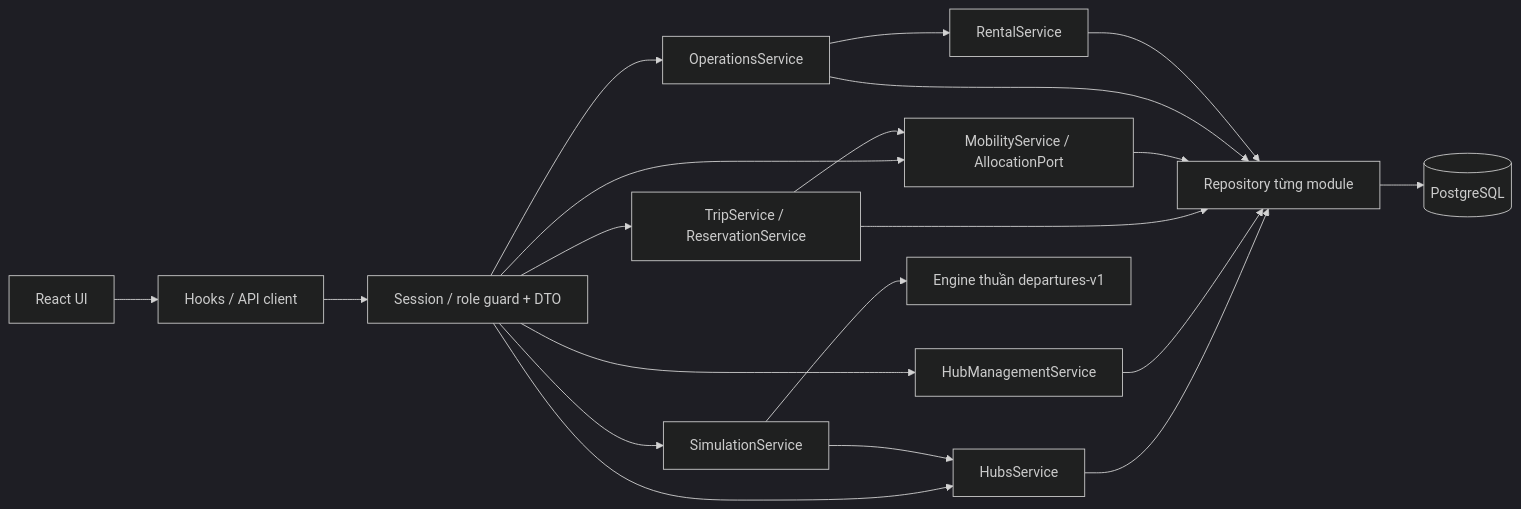
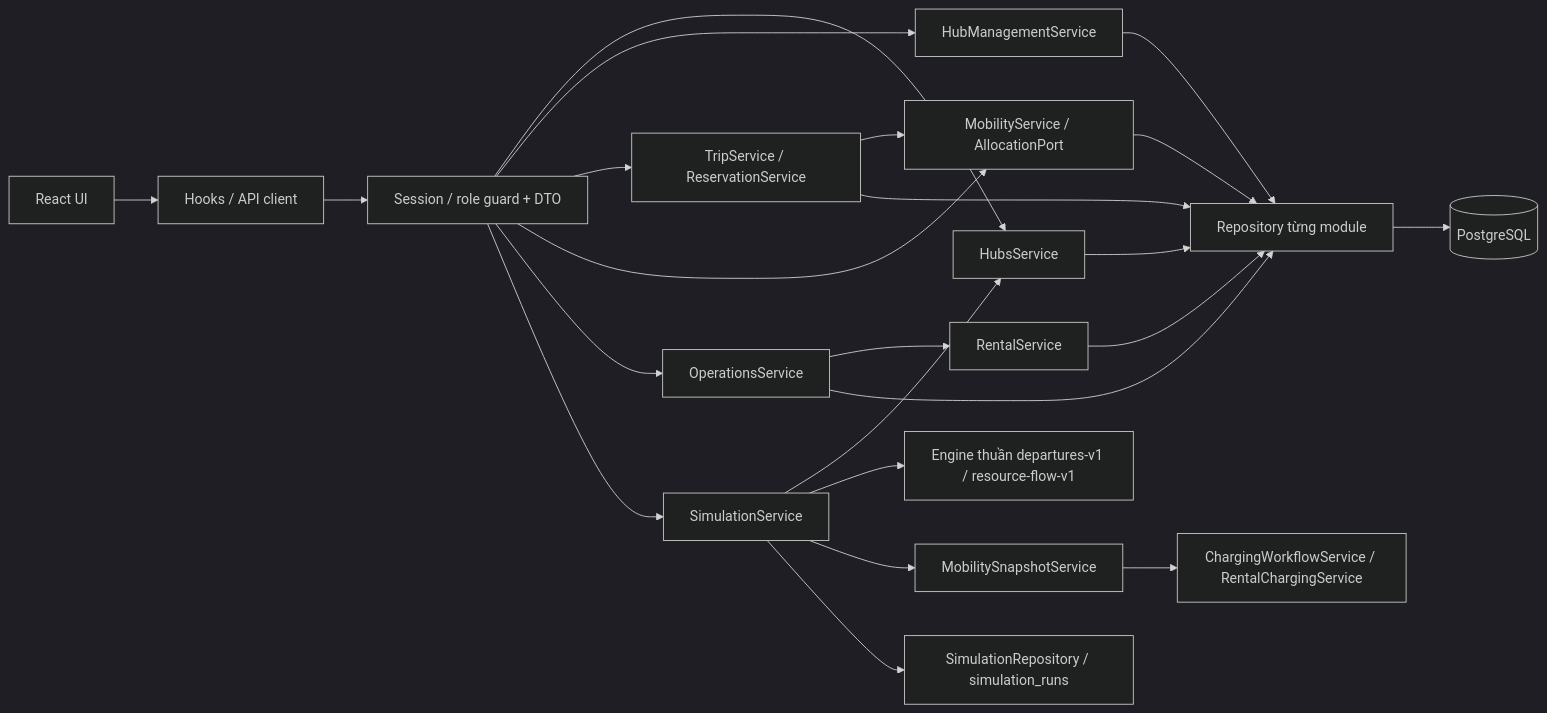
Before and after one commit to tonnytran2511/BTL_CNPM: diagram 11 of 13 in docs/architecture.md, drawn with Mermaid (dark theme). The commit also changed other lines of this file and 24 other files, not shown here.

````diff
--- a/docs/architecture.md
+++ b/docs/architecture.md
@@ -317,22 +317,25 @@
 ```mermaid
 flowchart LR
   UI[React UI] --> Hooks[Hooks / API client]
   Hooks --> Guard[Session / role guard + DTO]
   Guard --> Hubs[HubsService]
   Guard --> HubManagement[HubManagementService]
   Guard --> Trip[TripService / ReservationService]
   Guard --> Mobility[MobilityService / AllocationPort]
   Guard --> Operations[OperationsService]
   Guard --> Simulation[SimulationService]
   Trip --> Mobility
   Operations --> Rental[RentalService]
   Simulation --> Hubs
-  Simulation --> Engine[Engine thuần departures-v1]
+  Simulation --> Engine[Engine thuần departures-v1 / resource-flow-v1]
+  Simulation --> MobilitySnapshot[MobilitySnapshotService]
+  MobilitySnapshot --> Charging[ChargingWorkflowService / RentalChargingService]
+  Simulation --> History[SimulationRepository / simulation_runs]
   Hubs --> Repo[Repository từng module]
   HubManagement --> Repo
   Trip --> Repo
   Mobility --> Repo
   Operations --> Repo
   Rental --> Repo
   Repo --> DB[(PostgreSQL)]
 ```
````
